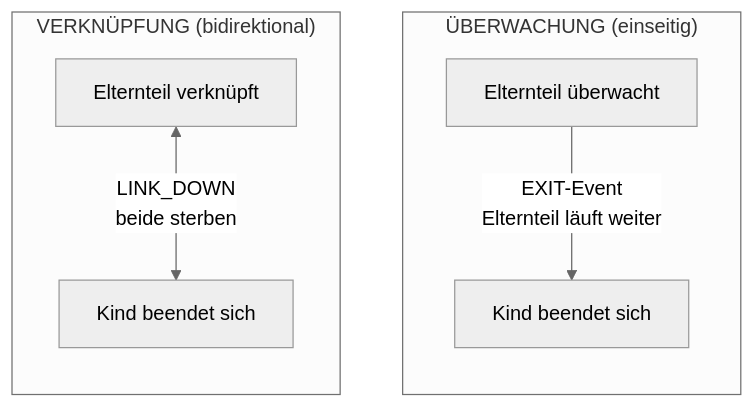
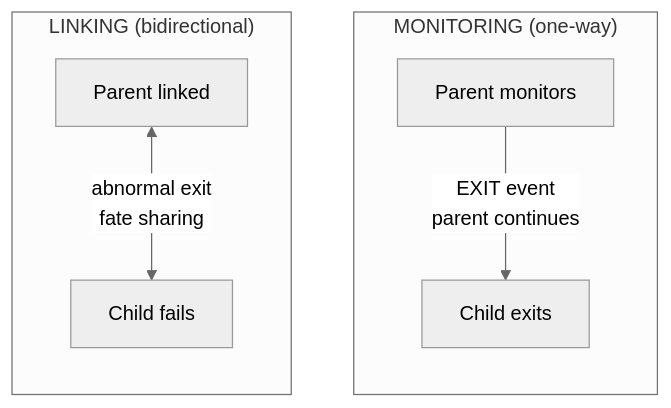
Before and after one commit to wippyai/docs: the diagram in de/tutorials/supervision.md, drawn with Mermaid (neutral theme). The commit also changed other lines of this file and 870 other files, not shown here.

````diff
--- a/de/tutorials/supervision.md
+++ b/de/tutorials/supervision.md
@@ -22,12 +41,12 @@
 ```mermaid
 flowchart TB
-    subgraph Monitoring["ÜBERWACHUNG (einseitig)"]
+    subgraph Monitoring["MONITORING (one-way)"]
         direction TB
-        P1[Elternteil überwacht] -->|EXIT-Event<br/>Elternteil läuft weiter| C1[Kind beendet sich]
+        P1[Parent monitors] -->|EXIT event<br/>parent continues| C1[Child exits]
     end
 
-    subgraph Linking["VERKNÜPFUNG (bidirektional)"]
+    subgraph Linking["LINKING (bidirectional)"]
         direction TB
-        P2[Elternteil verknüpft] <-->|LINK_DOWN<br/>beide sterben| C2[Kind beendet sich]
+        P2[Parent linked] <-->|abnormal exit<br/>fate sharing| C2[Child fails]
     end
 ```
````
